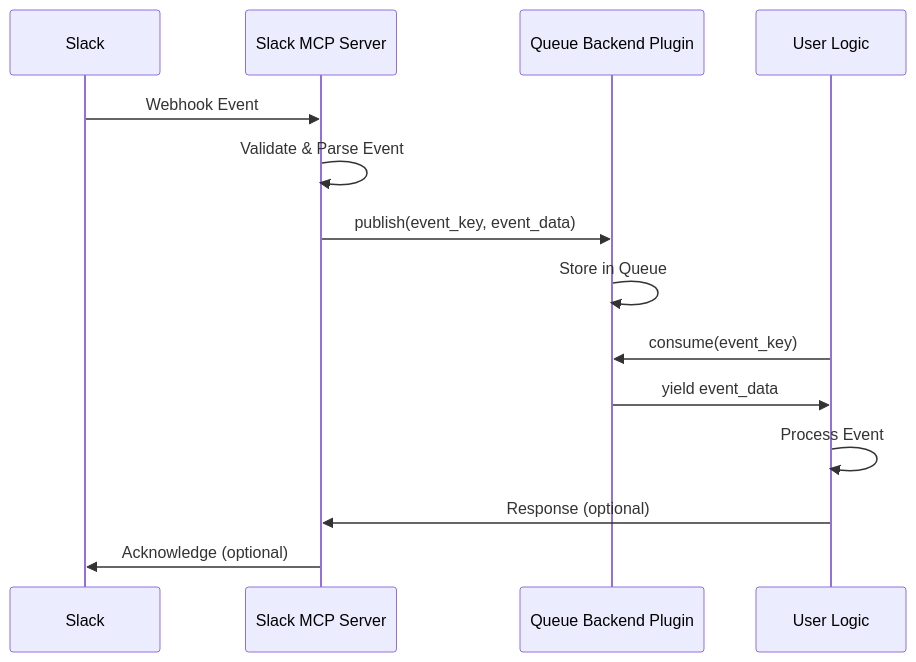
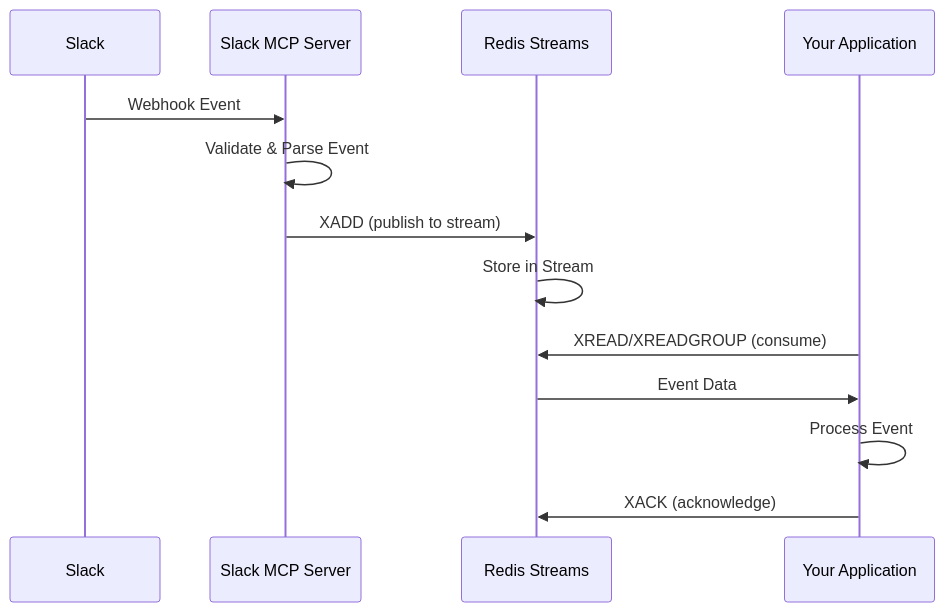
One commit to Chisanan232/MCP-BackEnd-Message-Queue-Redis changed the diagram in docs/contents/document/introduction.mdx. Above: the diagram before and after it, drawn with Mermaid. The commit also changed other lines of this file, not shown here.

````diff
--- a/docs/contents/document/introduction.mdx
+++ b/docs/contents/document/introduction.mdx
@@ -30,17 +30,16 @@
 ```mermaid
 sequenceDiagram
     participant S as Slack
     participant MCP as Slack MCP Server
-    participant QB as Queue Backend Plugin
-    participant UL as User Logic
+    participant Redis as Redis Streams
+    participant App as Your Application
     
     S->>MCP: Webhook Event
     MCP->>MCP: Validate & Parse Event
-    MCP->>QB: publish(event_key, event_data)
-    QB->>QB: Store in Queue
-    UL->>QB: consume(event_key)
-    QB->>UL: yield event_data
-    UL->>UL: Process Event
-    UL->>MCP: Response (optional)
-    MCP->>S: Acknowledge (optional)
+    MCP->>Redis: XADD (publish to stream)
+    Redis->>Redis: Store in Stream
+    App->>Redis: XREAD/XREADGROUP (consume)
+    Redis->>App: Event Data
+    App->>App: Process Event
+    App->>Redis: XACK (acknowledge)
 ```
````
